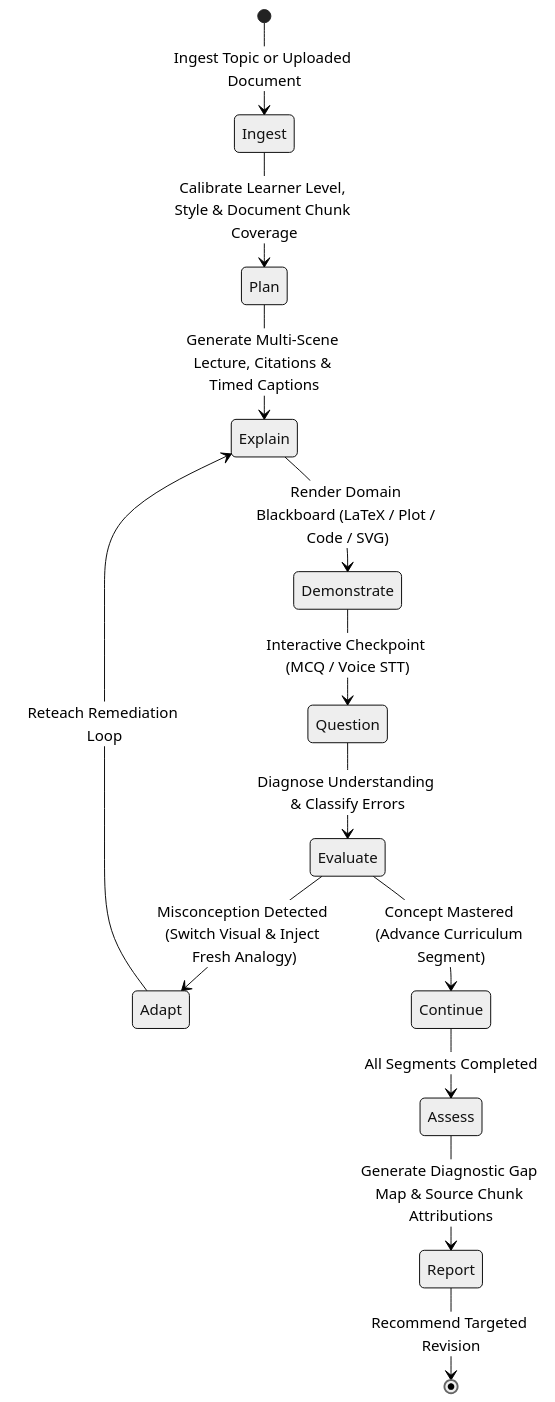
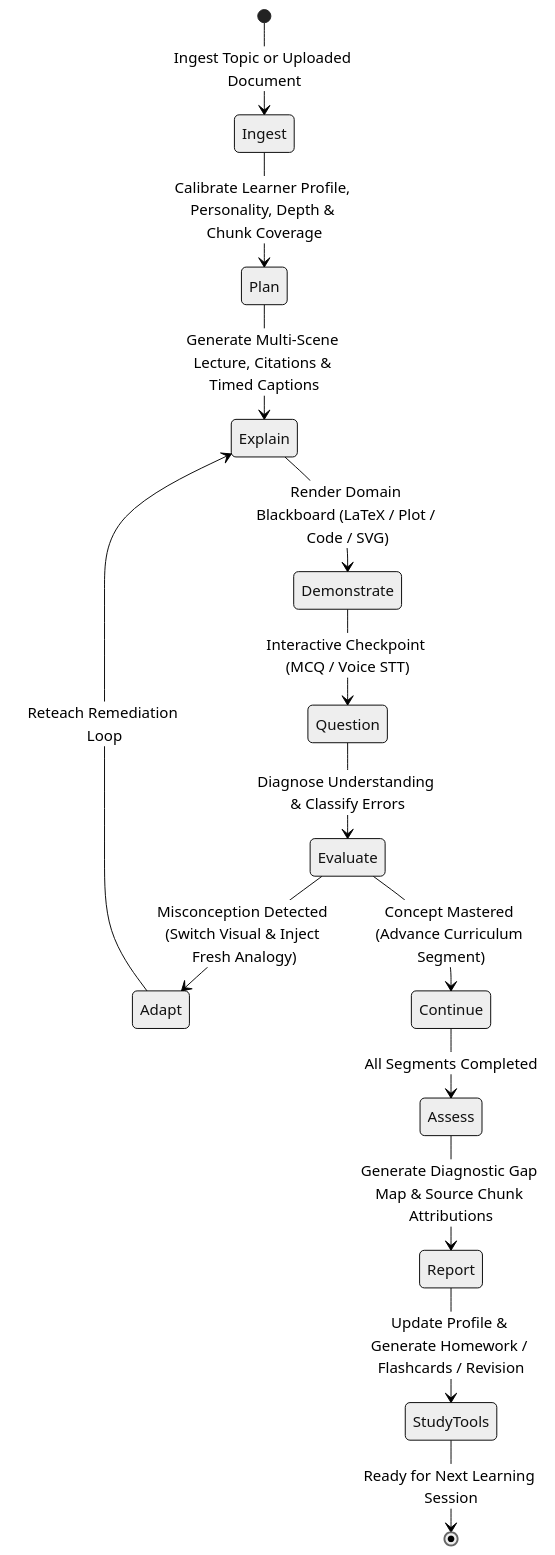
One commit to Akshat-coder-101/AI-INNOVATION- changed the third of 3 diagrams in README.md. Above: the diagram before and after it, drawn with Mermaid (neutral theme). The commit also changed other lines of this file and 40 other files, not shown here.

Commit message:
feat: add comprehensive documentation, study tools API, test suites, and Docker config

````diff
--- a/README.md
+++ b/README.md
@@ -128,15 +162,16 @@
 ```mermaid
 stateDiagram-v2
     [*] --> Ingest: Ingest Topic or Uploaded Document
-    Ingest --> Plan: Calibrate Learner Level, Style & Document Chunk Coverage
+    Ingest --> Plan: Calibrate Learner Profile, Personality, Depth & Chunk Coverage
     Plan --> Explain: Generate Multi-Scene Lecture, Citations & Timed Captions
     Explain --> Demonstrate: Render Domain Blackboard (LaTeX / Plot / Code / SVG)
     Demonstrate --> Question: Interactive Checkpoint (MCQ / Voice STT)
     Question --> Evaluate: Diagnose Understanding & Classify Errors
     Evaluate --> Adapt: Misconception Detected (Switch Visual & Inject Fresh Analogy)
     Adapt --> Explain: Reteach Remediation Loop
     Evaluate --> Continue: Concept Mastered (Advance Curriculum Segment)
     Continue --> Assess: All Segments Completed
     Assess --> Report: Generate Diagnostic Gap Map & Source Chunk Attributions
-    Report --> [*]: Recommend Targeted Revision
+    Report --> StudyTools: Update Profile & Generate Homework / Flashcards / Revision
+    StudyTools --> [*]: Ready for Next Learning Session
 ```
````
